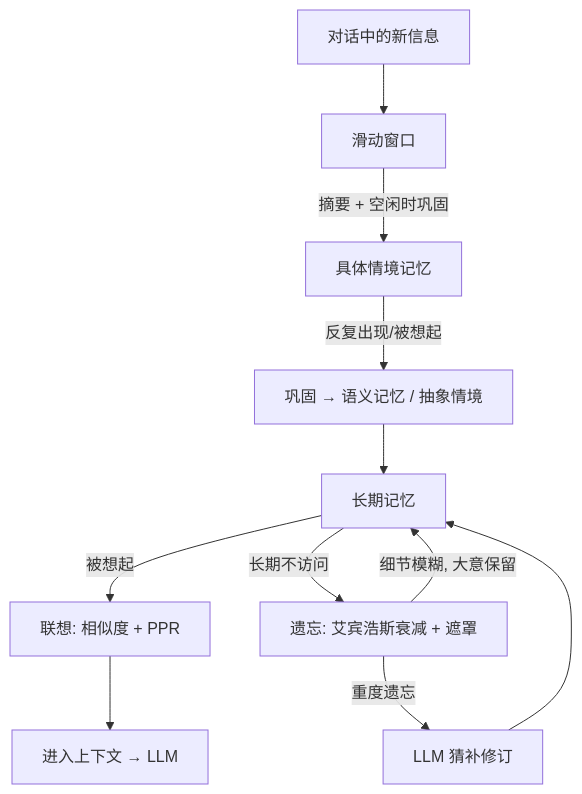
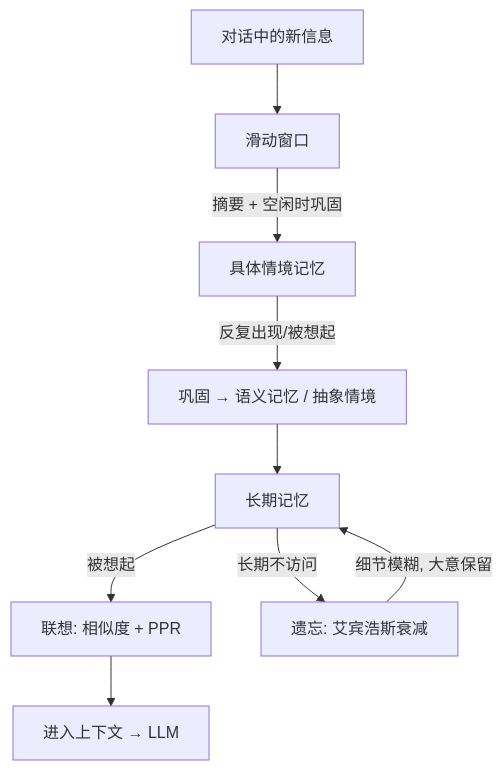
Before and after one commit to dynamder/Soulmem: the second of 2 diagrams in book/src/concepts/memory-lifecycle.md, drawn with Mermaid. The commit also changed other lines of this file and 2 other files, not shown here.

````diff
--- a/book/src/concepts/memory-lifecycle.md
+++ b/book/src/concepts/memory-lifecycle.md
@@ -98,13 +98,11 @@
 ```mermaid
 graph TB
     A[对话中的新信息] --> B[滑动窗口]
     B -->|摘要 + 空闲时巩固| C[具体情境记忆]
     C -->|反复出现/被想起| D[巩固 → 语义记忆 / 抽象情境]
     D --> L[长期记忆]
     L -->|被想起| E[联想: 相似度 + PPR]
     E --> F[进入上下文 → LLM]
-    L -->|长期不访问| G[遗忘: 艾宾浩斯衰减 + 遮罩]
+    L -->|长期不访问| G[遗忘: 艾宾浩斯衰减]
     G -->|细节模糊, 大意保留| L
-    G -->|重度遗忘| H[LLM 猜补修订]
-    H --> L
 ```
````
